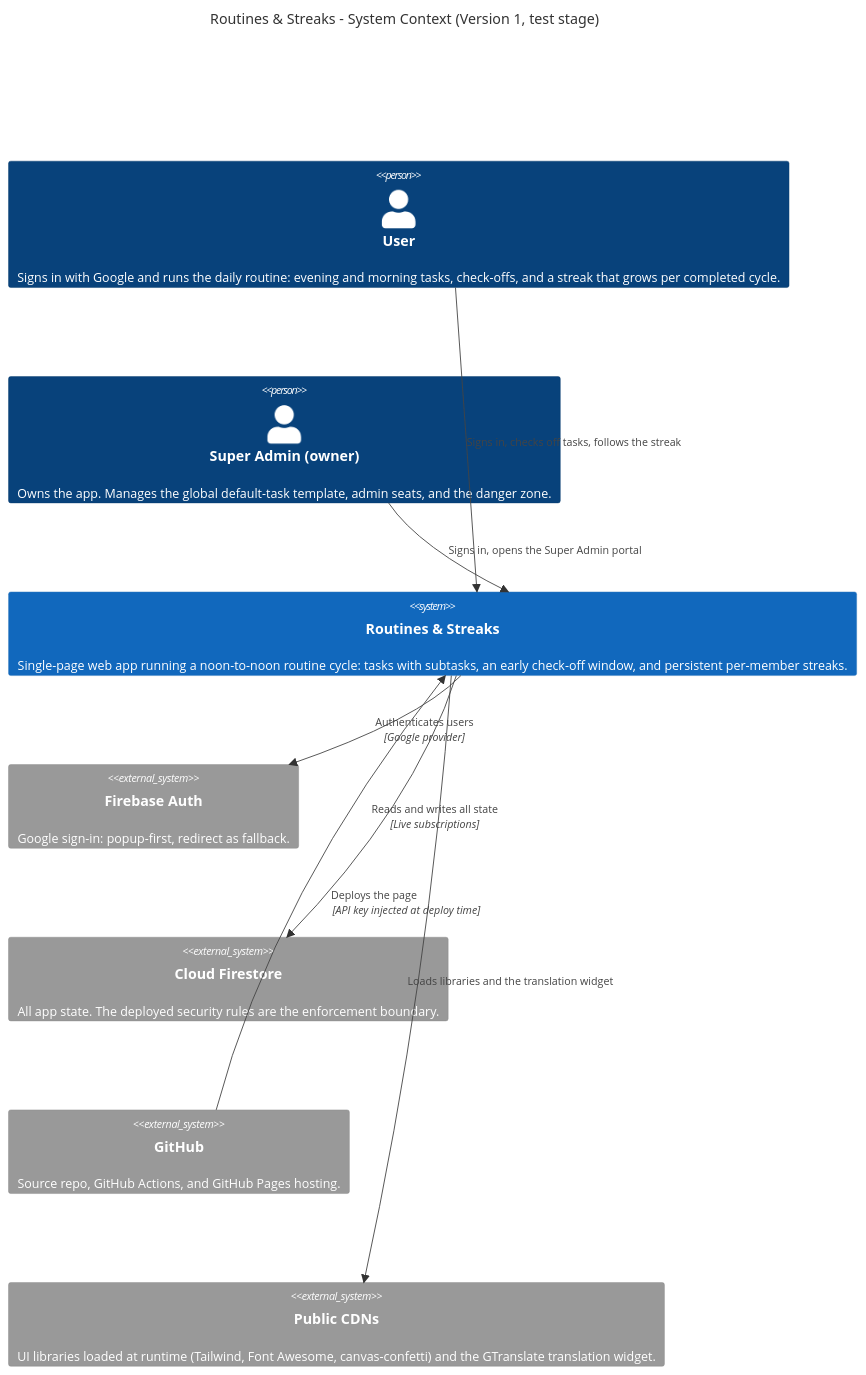
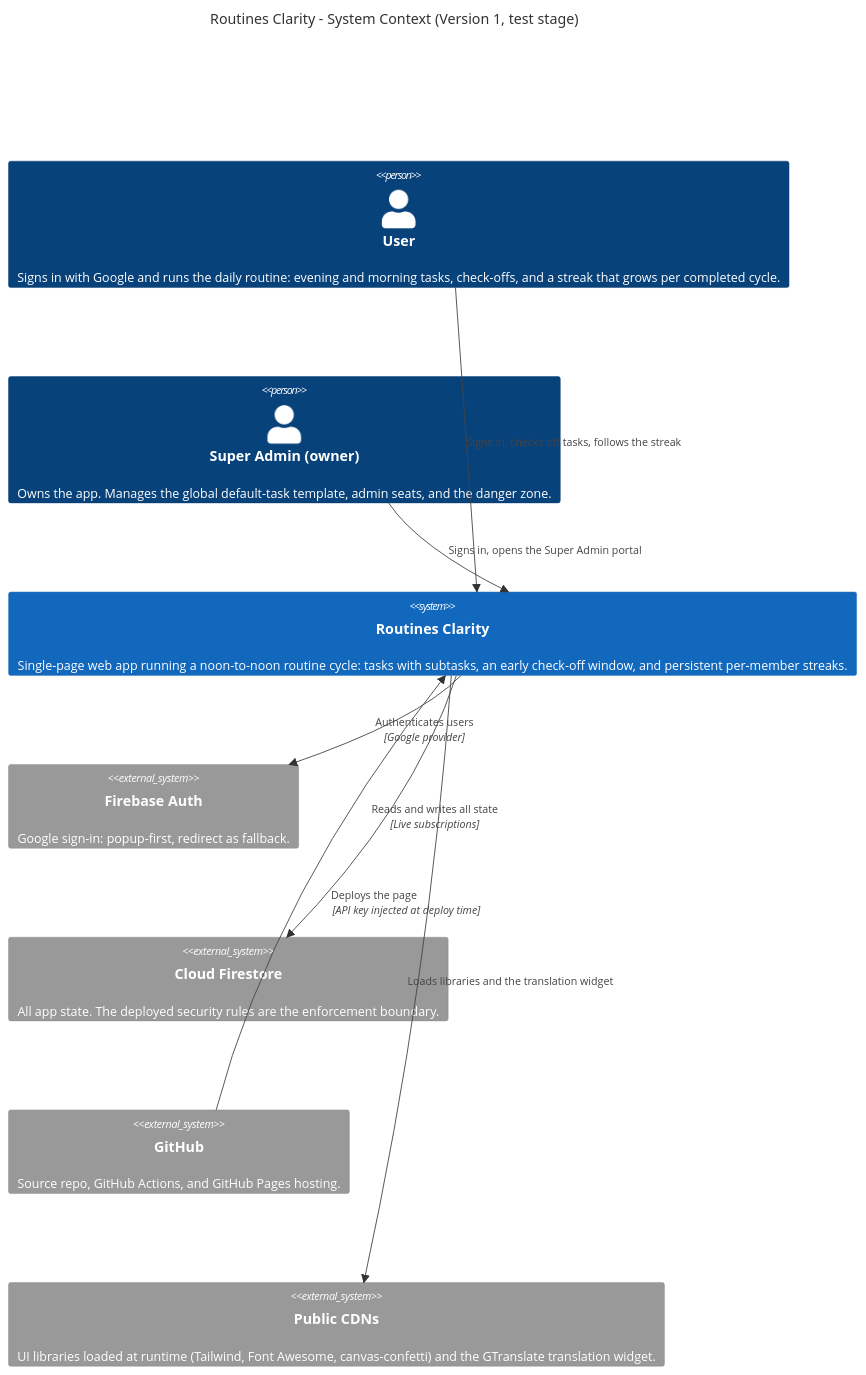
Before and after one commit to andrewdhorowitz/routines-and-streaks: the first of 3 diagrams in docs/architecture.md, drawn with Mermaid. The commit also changed other lines of this file and 16 other files, not shown here.

First line of the commit message:
Rename display name: Routines & Streaks -> Routines Clarity

````diff
--- a/docs/architecture.md
+++ b/docs/architecture.md
@@ -34,23 +34,23 @@
 ```mermaid
 C4Context
-    title Routines & Streaks - System Context (Version 1, test stage)
+    title Routines Clarity - System Context (Version 1, test stage)
 
     Person(user, "User", "Signs in with Google and runs the daily routine: evening and morning tasks, check-offs, and a streak that grows per completed cycle.")
     Person(admin, "Super Admin (owner)", "Owns the app. Manages the global default-task template, admin seats, and the danger zone.")
 
-    System(app, "Routines & Streaks", "Single-page web app running a noon-to-noon routine cycle: tasks with subtasks, an early check-off window, and persistent per-member streaks.")
+    System(app, "Routines Clarity", "Single-page web app running a noon-to-noon routine cycle: tasks with subtasks, an early check-off window, and persistent per-member streaks.")
 
     System_Ext(gauth, "Firebase Auth", "Google sign-in: popup-first, redirect as fallback.")
     System_Ext(firestore, "Cloud Firestore", "All app state. The deployed security rules are the enforcement boundary.")
     System_Ext(github, "GitHub", "Source repo, GitHub Actions, and GitHub Pages hosting.")
     System_Ext(cdn, "Public CDNs", "UI libraries loaded at runtime (Tailwind, Font Awesome, canvas-confetti) and the GTranslate translation widget.")
 
     Rel(user, app, "Signs in, checks off tasks, follows the streak")
     Rel(admin, app, "Signs in, opens the Super Admin portal")
     Rel(app, gauth, "Authenticates users", "Google provider")
     Rel(app, firestore, "Reads and writes all state", "Live subscriptions")
     Rel(github, app, "Deploys the page", "API key injected at deploy time")
     Rel(app, cdn, "Loads libraries and the translation widget")
 
     UpdateLayoutConfig($c4ShapeInRow="3", $c4BoundaryInRow="1")
 ```
````
